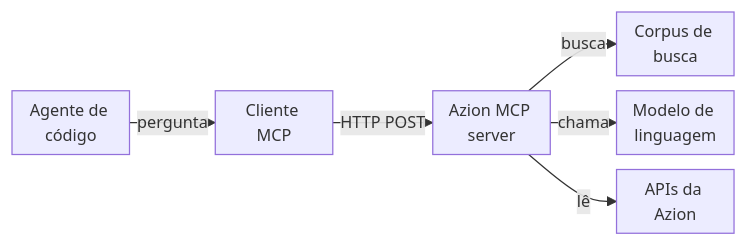
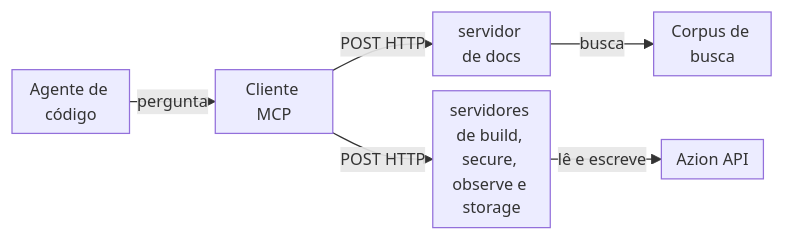
Before and after one commit to aziontech/docs: the diagram in src/content/docs/pt-br/pages/devtools/mcp/mcp-como-funciona.mdx, drawn with Mermaid. The commit also changed other lines of this file and 50 other files, not shown here.

First line of the commit message:
docs(mcp): move the MCP docs to the five domain MCP servers

````diff
--- a/src/content/docs/pt-br/pages/devtools/mcp/mcp-como-funciona.mdx
+++ b/src/content/docs/pt-br/pages/devtools/mcp/mcp-como-funciona.mdx
@@ -26,9 +26,9 @@
 ```mermaid
 %%{init: {"layout": "dagre", "themeVariables": {"fontSize": "13px"}, "flowchart": {"nodeSpacing": 12, "rankSpacing": 12, "padding": 6, "wrappingWidth": 70, "minNodeWidth": 40, "useMaxWidth": true}}}%%
 flowchart LR
   Agent["Agente de código"] -->|"pergunta"| Client["Cliente MCP"]
-  Client -->|"HTTP POST"| Server["Azion MCP server"]
-  Server -->|"busca"| Corpus["Corpus de busca"]
-  Server -->|"chama"| Model["Modelo de linguagem"]
-  Server -->|"lê"| Api["APIs da Azion"]
+  Client -->|"POST HTTP"| Docs["servidor de docs"]
+  Client -->|"POST HTTP"| Domain["servidores de build, secure, observe e storage"]
+  Docs -->|"busca"| Corpus["Corpus de busca"]
+  Domain -->|"lê e escreve"| Api["Azion API"]
 ```
````
